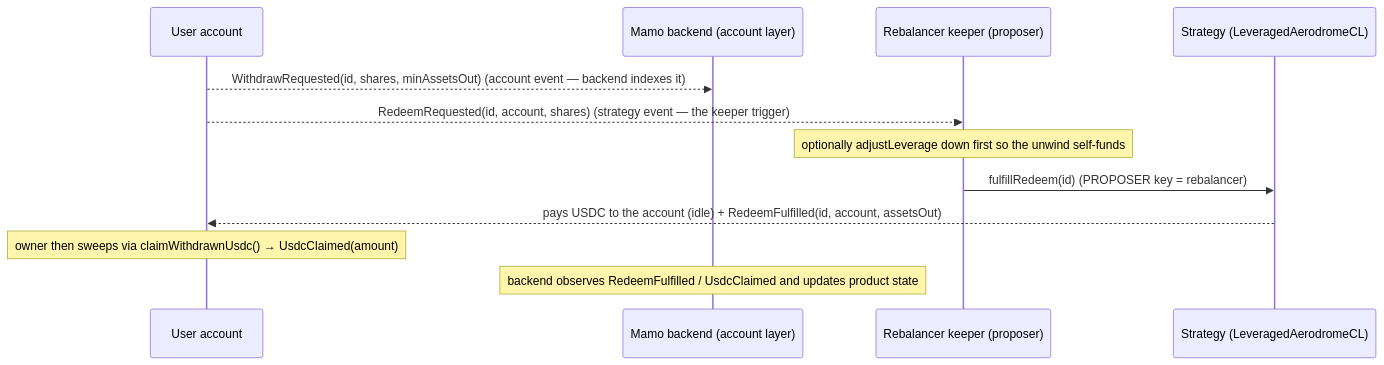
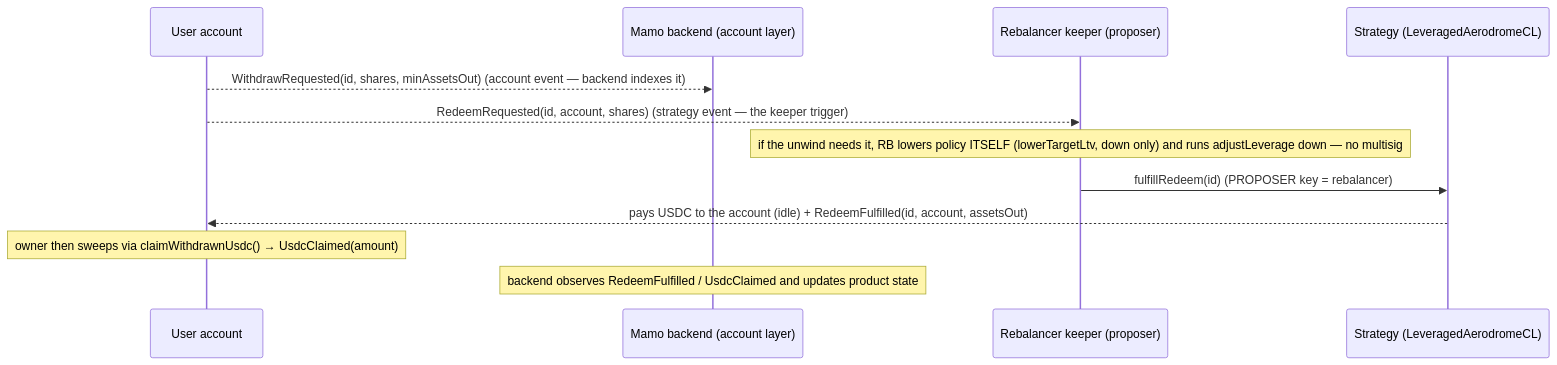
One commit to moonwell-fi/mamo-contracts changed the diagram in docs/integrations/LEVERAGED_AERO_BACKEND.md. Above: the diagram before and after it, drawn with Mermaid. The commit also changed other lines of this file and 8 other files, not shown here.

````diff
--- a/docs/integrations/LEVERAGED_AERO_BACKEND.md
+++ b/docs/integrations/LEVERAGED_AERO_BACKEND.md
@@ -199,15 +227,15 @@
 ```mermaid
 sequenceDiagram
     participant A as User account
     participant BE as Mamo backend (account layer)
     participant RB as Rebalancer keeper (proposer)
     participant S as Strategy (LeveragedAerodromeCL)
 
     A-->>BE: WithdrawRequested(id, shares, minAssetsOut)   (account event — backend indexes it)
     A-->>RB: RedeemRequested(id, account, shares)          (strategy event — the keeper trigger)
-    Note over RB: optionally adjustLeverage down first so the unwind self-funds
+    Note over RB: if the unwind needs it, RB lowers policy ITSELF (lowerTargetLtv, down only) and runs adjustLeverage down — no multisig
     RB->>S: fulfillRedeem(id)                              (PROPOSER key = rebalancer)
     S-->>A: pays USDC to the account (idle) + RedeemFulfilled(id, account, assetsOut)
     Note over A: owner then sweeps via claimWithdrawnUsdc() → UsdcClaimed(amount)
     Note over BE: backend observes RedeemFulfilled / UsdcClaimed and updates product state
 ```
````
